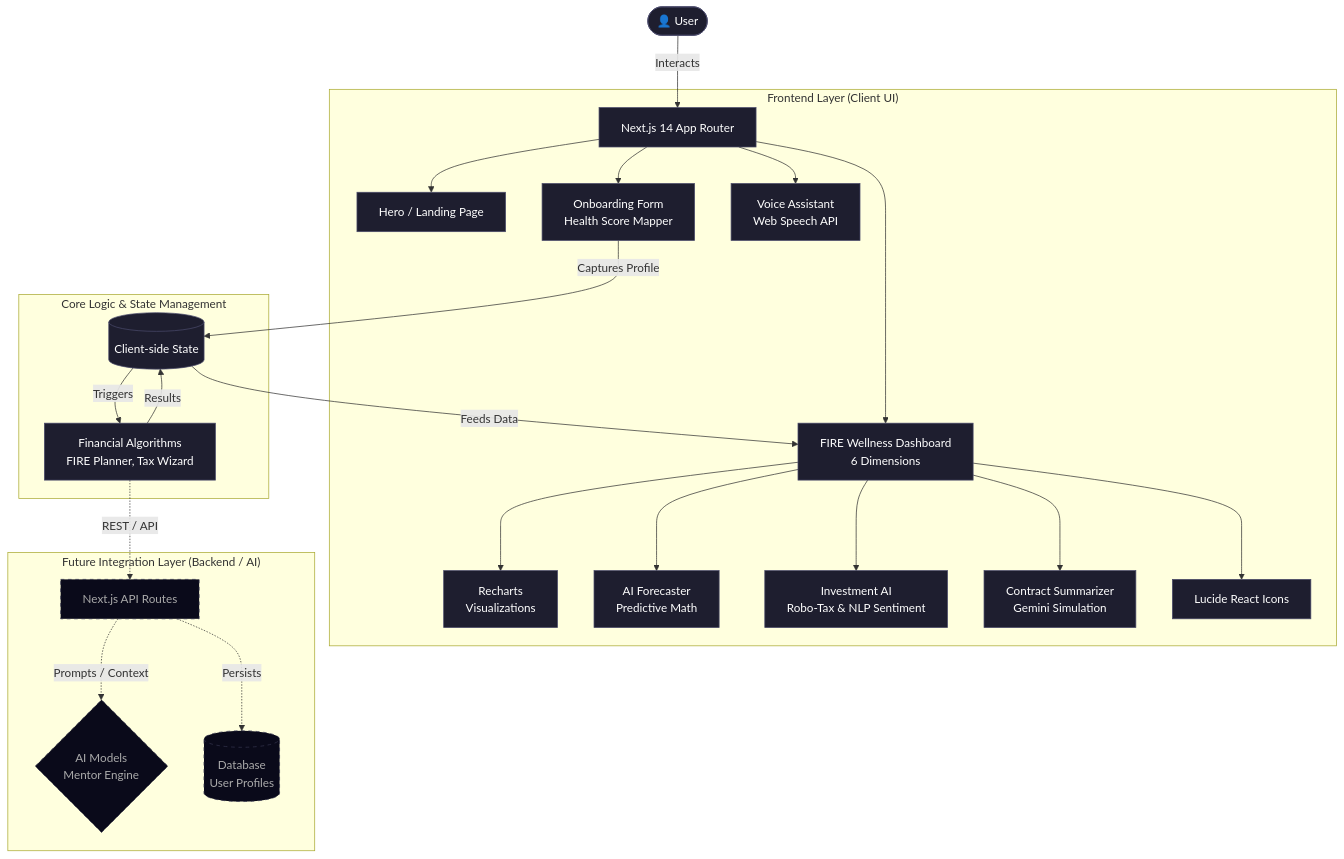
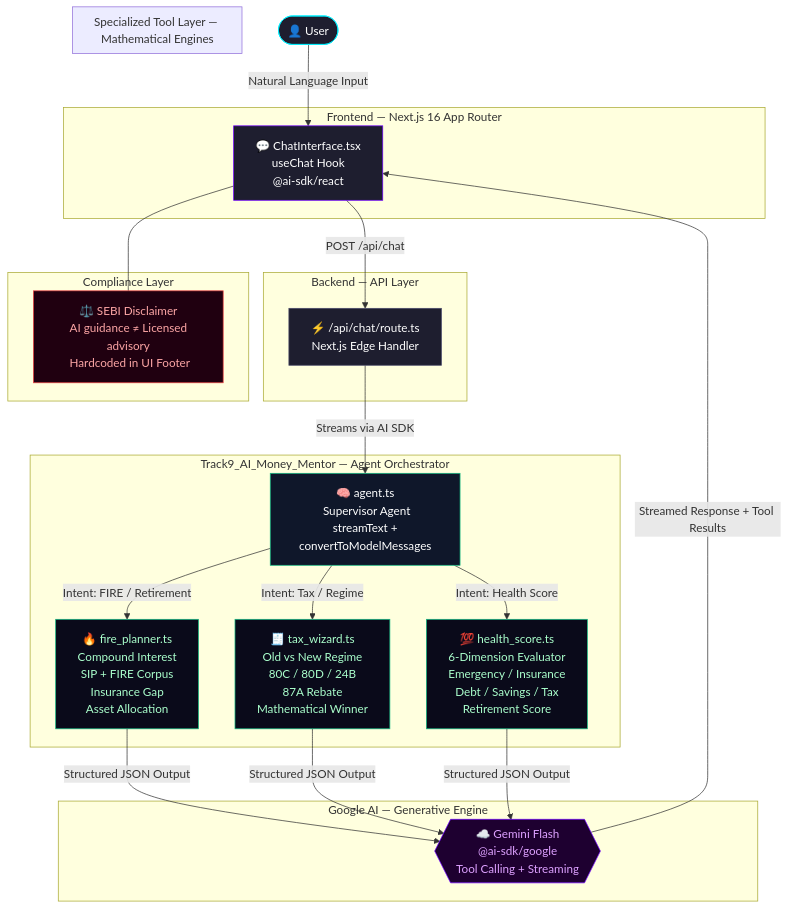
The diagram in architecture.mmd (shankar276/AI-Money-Mentor), drawn with Mermaid before and after one commit. The commit also changed 12 other files, not shown here.

```diff
--- a/architecture.mmd
+++ b/architecture.mmd
@@ -1,34 +1,58 @@
-%% System Architecture for AI Money Mentor
+%% Phase 2: AI Money Mentor — Agentic Architecture
 graph TD
-    classDef default fill:#1e1e2f,stroke:#4a4a6a,color:#fff;
-    classDef future fill:#0a0a1a,stroke:#33334d,stroke-dasharray: 5 5,color:#aaa;
+    classDef user fill:#1e1e2f,stroke:#00f0ff,color:#fff;
+    classDef ui fill:#1e1e2f,stroke:#7000ff,color:#fff;
+    classDef api fill:#1e1e2f,stroke:#4a4a6a,color:#fff;
+    classDef agent fill:#0f172a,stroke:#10b981,color:#fff;
+    classDef tool fill:#0a0a1a,stroke:#10b981,color:#aaffcc;
+    classDef llm fill:#1e0030,stroke:#7000ff,color:#dda0ff;
+    classDef compliance fill:#200010,stroke:#ef4444,color:#fca5a5;
 
-    User([👤 User]) -->|Interacts| NextJS[Next.js 14 App Router]
+    User([👤 User]) -->|Natural Language Input| ChatUI
 
-    subgraph "Frontend Layer (Client UI)"
-        NextJS --> Hero[Hero / Landing Page]
-        NextJS --> Onboarding[Onboarding Form \n Health Score Mapper]
-        NextJS --> Dashboard[FIRE Wellness Dashboard \n 6 Dimensions]
-        NextJS --> Voice[Voice Assistant \n Web Speech API]
-        
-        Dashboard --> Charts[Recharts \n Visualizations]
-        Dashboard --> Forecaster[AI Forecaster \n Predictive Math]
-        Dashboard --> InvestAI[Investment AI \n Robo-Tax & NLP Sentiment]
-        Dashboard --> Summarizer[Contract Summarizer \n Gemini Simulation]
-        Dashboard --> Icons[Lucide React Icons]
+    subgraph "Frontend — Next.js 16 App Router"
+        ChatUI["💬 ChatInterface.tsx\n useChat Hook\n @ai-sdk/react"]
     end
 
-    subgraph "Core Logic & State Management"
-        Onboarding -->|Captures Profile| State[(Client-side State)]
-        State -->|Feeds Data| Dashboard
-        State -->|Triggers| Algorithms[Financial Algorithms \n FIRE Planner, Tax Wizard]
-        Algorithms -->|Results| State
+    ChatUI -->|POST /api/chat| APIRoute
+
+    subgraph "Backend — API Layer"
+        APIRoute["⚡ /api/chat/route.ts\n Next.js Edge Handler"]
     end
 
-    subgraph "Future Integration Layer (Backend / AI)"
-        Algorithms -.->|REST / API| API[Next.js API Routes]
-        API -.->|Prompts / Context| LLM{AI Models \n Mentor Engine}
-        API -.->|Persists| DB[(Database \n User Profiles)]
+    APIRoute -->|Streams via AI SDK| Agent
+
+    subgraph "Track9_AI_Money_Mentor — Agent Orchestrator"
+        Agent["🧠 agent.ts\n Supervisor Agent\n streamText + convertToModelMessages"]
+        Agent -->|Intent: FIRE / Retirement| FireTool
+        Agent -->|Intent: Tax / Regime| TaxTool
+        Agent -->|Intent: Health Score| HealthTool
     end
 
-    class API,LLM,DB future;
+    subgraph "Specialized Tool Layer — Mathematical Engines"
+        FireTool["🔥 fire_planner.ts\n Compound Interest\n SIP + FIRE Corpus\n Insurance Gap\n Asset Allocation"]
+        TaxTool["🧾 tax_wizard.ts\n Old vs New Regime\n 80C / 80D / 24B\n 87A Rebate\n Mathematical Winner"]
+        HealthTool["💯 health_score.ts\n 6-Dimension Evaluator\n Emergency / Insurance\n Debt / Savings / Tax\n Retirement Score"]
+    end
+
+    FireTool & TaxTool & HealthTool -->|Structured JSON Output| LLM
+
+    subgraph "Google AI — Generative Engine"
+        LLM{{"☁️ Gemini Flash\n @ai-sdk/google\n Tool Calling + Streaming"}}
+    end
+
+    LLM -->|Streamed Response + Tool Results| ChatUI
+
+    subgraph "Compliance Layer"
+        Disclaimer["⚖️ SEBI Disclaimer\n AI guidance ≠ Licensed advisory\n Hardcoded in UI Footer"]
+    end
+
+    ChatUI --- Disclaimer
+
+    class User user;
+    class ChatUI ui;
+    class APIRoute api;
+    class Agent agent;
+    class FireTool,TaxTool,HealthTool tool;
+    class LLM llm;
+    class Disclaimer compliance;
```
